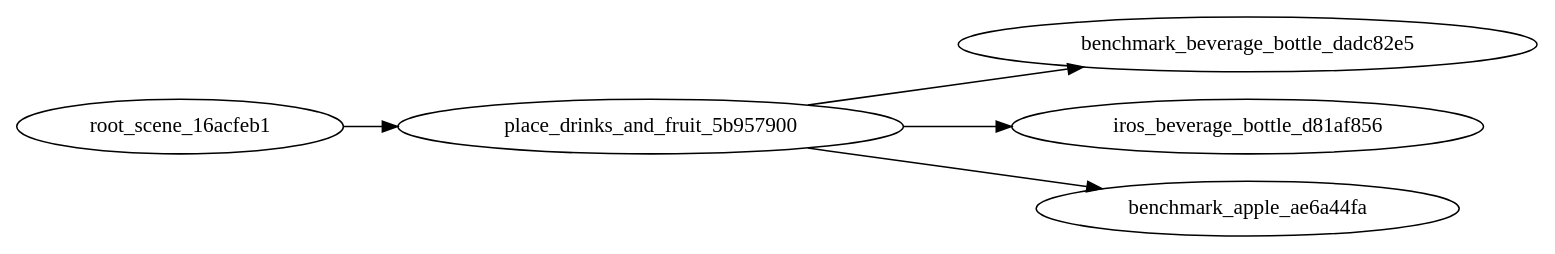
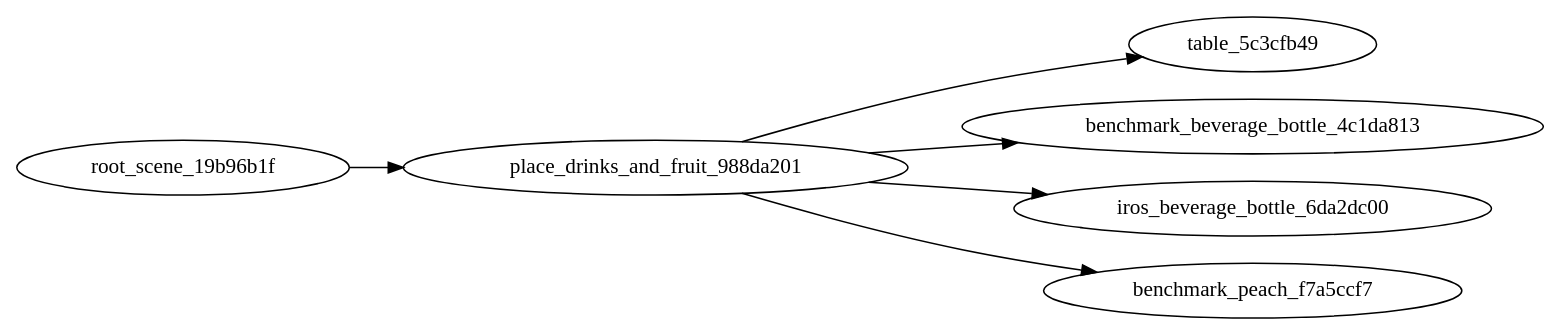
One commit to bodongiee/genie_sim_workplace changed the diagram in source/geniesim/benchmark/config/llm_task/straighten_object/9/graph.dot. Above: the diagram before and after it, drawn with Graphviz. The commit also changed 568 other files, not shown here.

```diff
--- a/source/geniesim/benchmark/config/llm_task/straighten_object/9/graph.dot
+++ b/source/geniesim/benchmark/config/llm_task/straighten_object/9/graph.dot
@@ -1,10 +1,12 @@
 strict digraph "" {
 	graph [rankdir=LR];
-	root_scene_16acfeb1 -> place_drinks_and_fruit_5b957900;
-	benchmark_beverage_bottle_dadc82e5	[tags="['fanta', 'beverage', 'bottle', 'drink', 'right']"];
-	place_drinks_and_fruit_5b957900 -> benchmark_beverage_bottle_dadc82e5;
-	iros_beverage_bottle_d81af856	[tags="['sprite', 'beverage', 'bottle', 'drink', 'left']"];
-	place_drinks_and_fruit_5b957900 -> iros_beverage_bottle_d81af856;
-	benchmark_apple_ae6a44fa	[tags="['apple', 'fruit', 'healthy', 'snack', 'right']"];
-	place_drinks_and_fruit_5b957900 -> benchmark_apple_ae6a44fa;
+	root_scene_19b96b1f -> place_drinks_and_fruit_988da201;
+	table_5c3cfb49	[tags="['minimalist_table', 'white', 'furniture', 'center']"];
+	place_drinks_and_fruit_988da201 -> table_5c3cfb49;
+	benchmark_beverage_bottle_4c1da813	[tags="['oolong tea beverage', 'beverage', 'bottle', 'drink', 'right']"];
+	place_drinks_and_fruit_988da201 -> benchmark_beverage_bottle_4c1da813;
+	iros_beverage_bottle_6da2dc00	[tags="['sprite', 'beverage', 'bottle', 'drink', 'left']"];
+	place_drinks_and_fruit_988da201 -> iros_beverage_bottle_6da2dc00;
+	benchmark_peach_f7a5ccf7	[tags="['peach', 'fruit', 'healthy', 'snack', 'left']"];
+	place_drinks_and_fruit_988da201 -> benchmark_peach_f7a5ccf7;
 }
```
